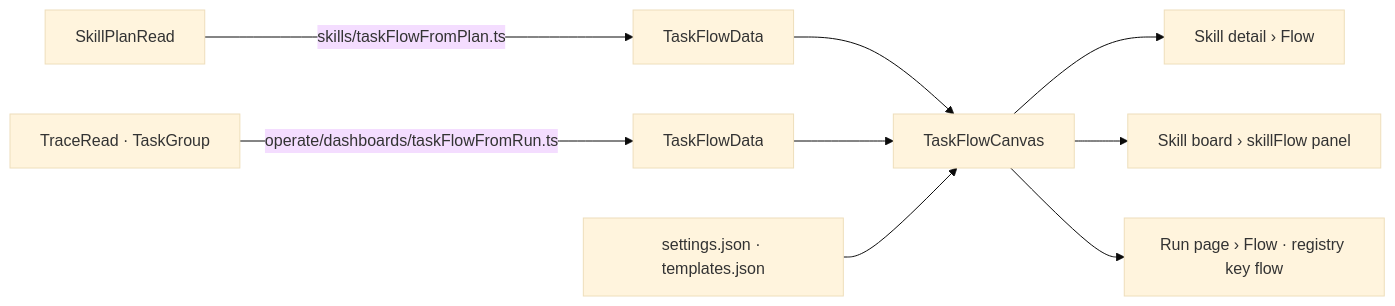
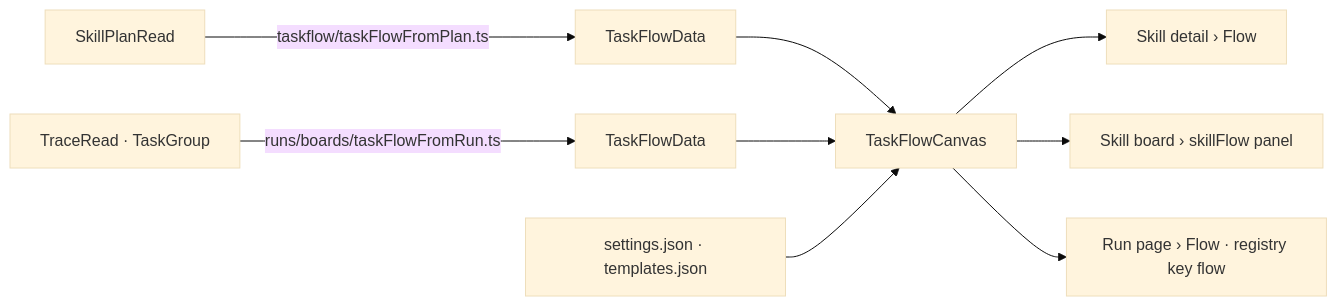
Before and after one commit to invana/invana: the diagram in docs/for-developers/building-studio/task-flow-canvas.md, drawn with Mermaid (base theme). The commit also changed other lines of this file and 340 other files, not shown here.

````diff
--- a/docs/for-developers/building-studio/task-flow-canvas.md
+++ b/docs/for-developers/building-studio/task-flow-canvas.md
@@ -96,11 +96,11 @@
 ```mermaid
 flowchart LR
-  SP[SkillPlanRead] -->|skills/taskFlowFromPlan.ts| D1[TaskFlowData]
-  TR[TraceRead · TaskGroup] -->|operate/dashboards/taskFlowFromRun.ts| D2[TaskFlowData]
+  SP[SkillPlanRead] -->|taskflow/taskFlowFromPlan.ts| D1[TaskFlowData]
+  TR[TraceRead · TaskGroup] -->|runs/boards/taskFlowFromRun.ts| D2[TaskFlowData]
   D1 --> C[TaskFlowCanvas]
   D2 --> C
   S[settings.json · templates.json] --> C
   C --> T1[Skill detail › Flow]
   C --> T2[Skill board › skillFlow panel]
   C --> T3[Run page › Flow · registry key flow]
 ```
````
